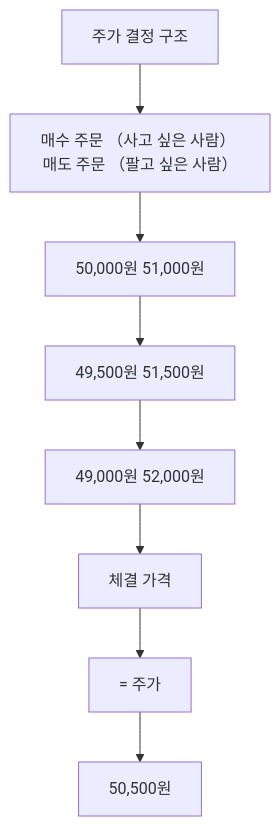
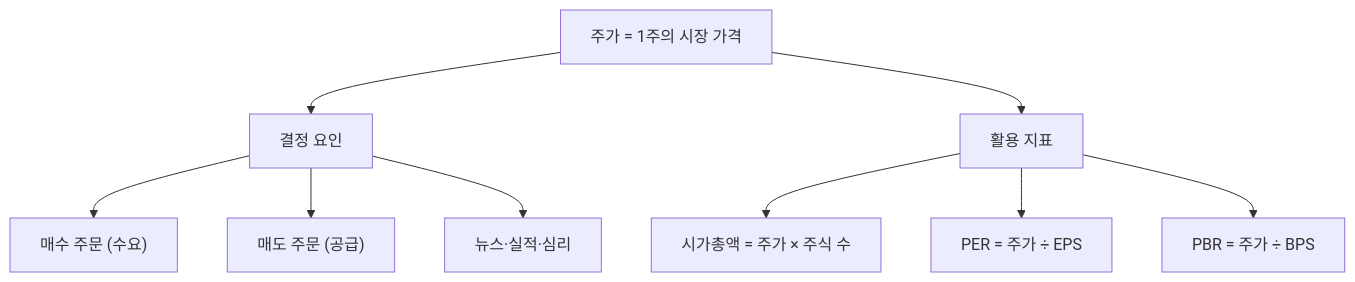
Before and after one commit to yeongseon/stock-visual-note: the diagram in content/stock-terms/ko/level-01-basic/stock-price.md, drawn with Mermaid. The commit also changed other lines of this file and 96 other files, not shown here.

Commit message:
Rewrite all 98 remaining articles: branching Mermaid diagrams, natural search_intent, compelling seo_titles, clean descriptions

````diff
--- a/content/stock-terms/ko/level-01-basic/stock-price.md
+++ b/content/stock-terms/ko/level-01-basic/stock-price.md
@@ -56,18 +52,11 @@
 ```mermaid
 graph TD
-    A0["주가 결정 구조"]
-    A1["매수 주문 （사고 싶은 사람） 매도 주문 （팔고 싶은 사람）"]
-    A2["50,000원 51,000원"]
-    A3["49,500원 51,500원"]
-    A4["49,000원 52,000원"]
-    A5["체결 가격"]
-    A6["= 주가"]
-    A7["50,500원"]
-    A0 --> A1
-    A1 --> A2
-    A2 --> A3
-    A3 --> A4
-    A4 --> A5
-    A5 --> A6
-    A6 --> A7
+    A["주가 = 1주의 시장 가격"] --> B["결정 요인"]
+    A --> C["활용 지표"]
+    B --> B1["매수 주문 (수요)"]
+    B --> B2["매도 주문 (공급)"]
+    B --> B3["뉴스·실적·심리"]
+    C --> C1["시가총액 = 주가 × 주식 수"]
+    C --> C2["PER = 주가 ÷ EPS"]
+    C --> C3["PBR = 주가 ÷ BPS"]
 ```
````
